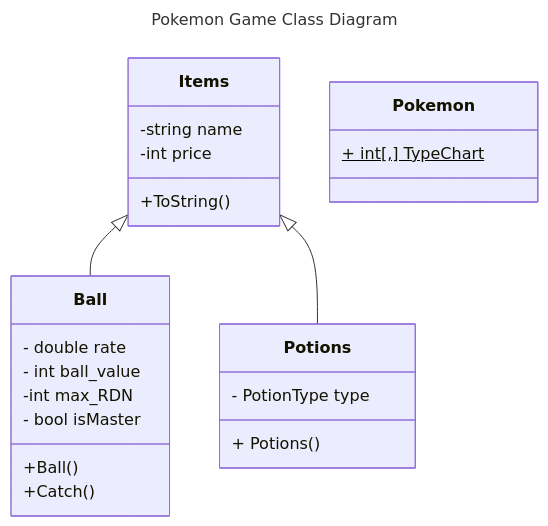
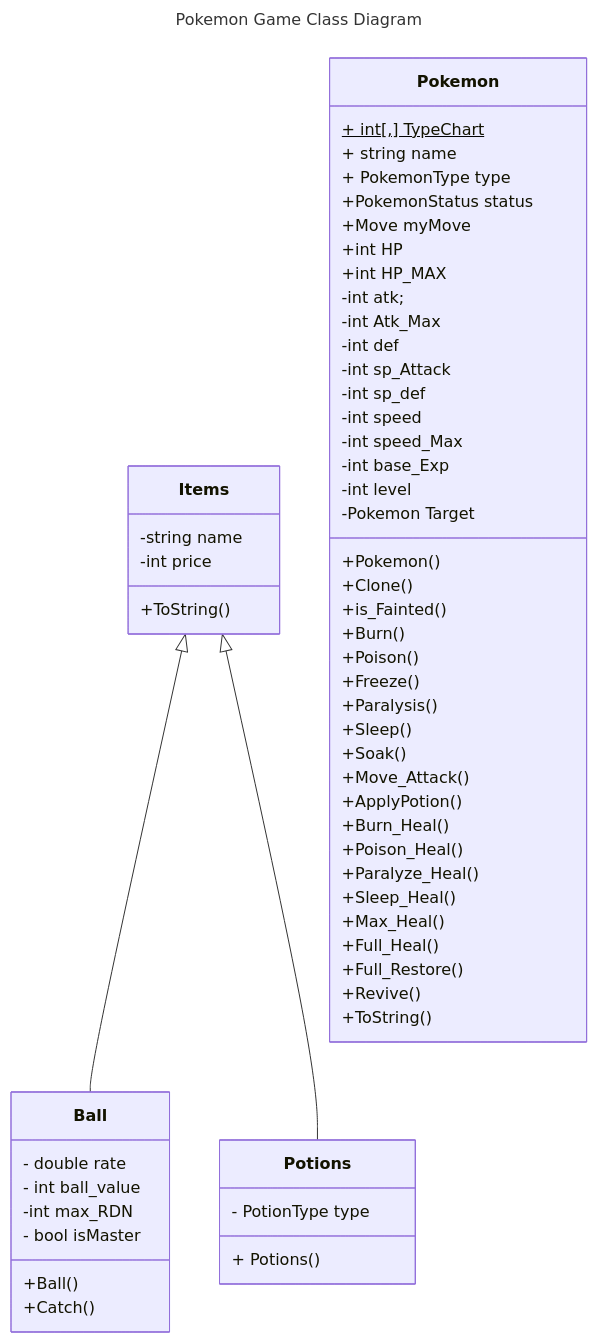
One commit to jinxsu/TextBased-Pokemon changed the diagram in README.md. Above: the diagram before and after it, drawn with Mermaid.

````diff
--- a/README.md
+++ b/README.md
@@ -1,33 +1,70 @@
 ```mermaid
 ---
 title: Pokemon Game Class Diagram
 ---
 classDiagram
 Items<|-- Ball
 Items<|--Potions
 Items: -string name
 Items: -int price
 Items: +ToString()
 class Ball{
         - double rate
         - int ball_value
         -int max_RDN
         - bool isMaster
         +Ball()
         +Catch()
     }
 class Potions{
        - PotionType type
        + Potions()
     }
 class Pokemon{
         + int[,] TypeChart$
+        + string name
+        + PokemonType type
+        +PokemonStatus status
+        +Move myMove
+        +int HP
+        +int HP_MAX
+        -int atk;
+        -int Atk_Max
+        -int def
+        -int sp_Attack
+        -int sp_def
+        -int speed
+        -int speed_Max
+        -int base_Exp
+        -int level
+        -Pokemon Target
+        +Pokemon()
+        +Clone()
+        +is_Fainted()
+        +Burn()
+        +Poison()
+        +Freeze()
+        +Paralysis()
+        +Sleep()
+        +Soak()
+        +Move_Attack()
+        +ApplyPotion()
+        +Burn_Heal()
+        +Poison_Heal()
+        +Paralyze_Heal()
+        +Sleep_Heal()
+        +Max_Heal()
+        +Full_Heal()
+        +Full_Restore()
+        +Revive()
+        +ToString()
+        
 }
 
 
 
 
 
 
 
 ```
````
